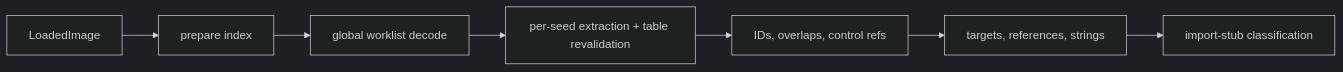
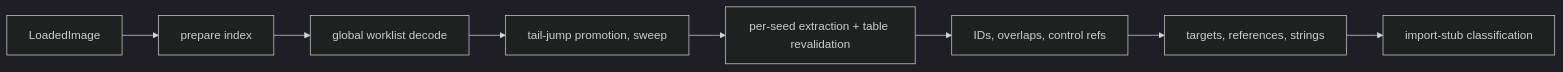
The diagram in docs/internals/discovery.md (DimitriFourny/open-decomp), drawn with Mermaid (dark theme) before and after one commit. The commit also changed 19 other files, not shown here.

````diff
--- a/docs/internals/discovery.md
+++ b/docs/internals/discovery.md
@@ -18,9 +18,10 @@
 ```mermaid
 flowchart LR
   L["LoadedImage"] --> P["prepare index"]
   P --> W["global worklist decode"]
-  W --> X["per-seed extraction + table revalidation"]
+  W --> J["tail-jump promotion, sweep"]
+  J --> X["per-seed extraction + table revalidation"]
   X --> R["IDs, overlaps, control refs"]
   R --> T["targets, references, strings"]
   T --> S["import-stub classification"]
 ```
````
